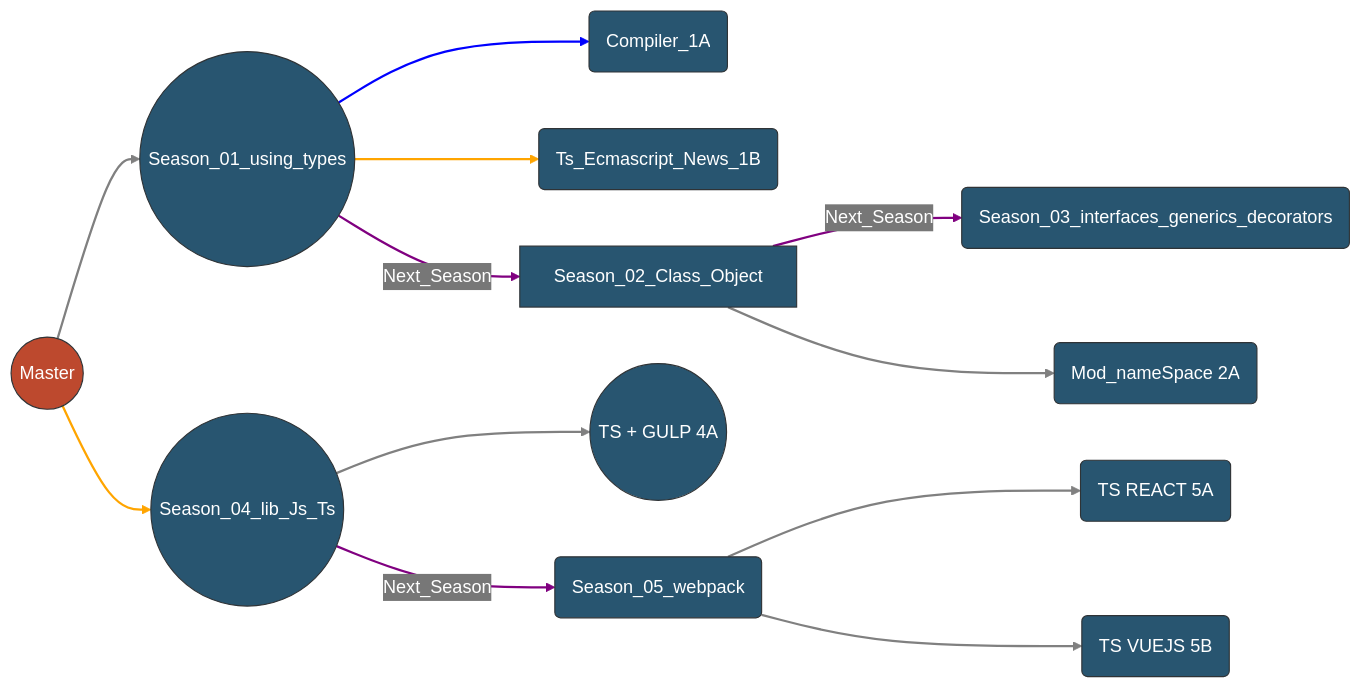
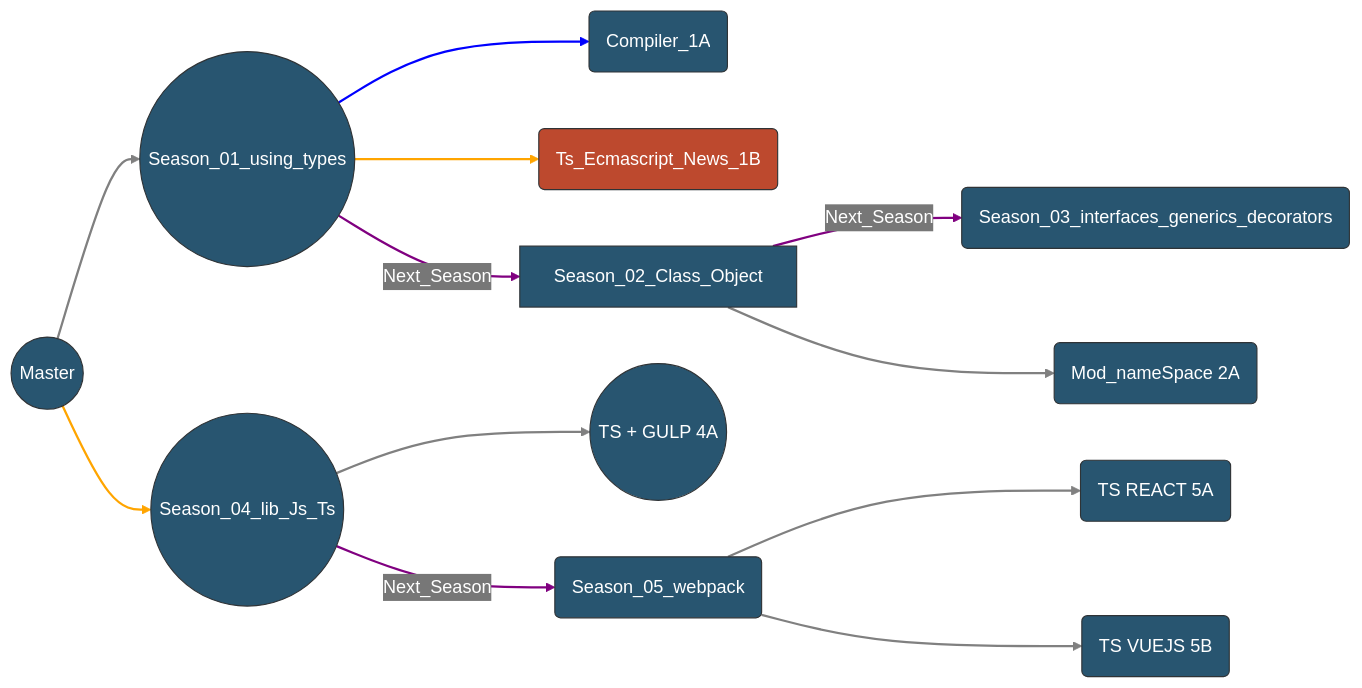
Before and after one commit to TeoNogueira/TypeScript-2022: the diagram in readme.md, drawn with Mermaid. The commit also changed other lines of this file, not shown here.

````diff
--- a/readme.md
+++ b/readme.md
@@ -58,51 +50,51 @@
   ```mermaid
 
 %%{init: {'theme': 'base', 'themeVariables': { 'primaryColor': '#285570', 'edgeLabelBackground':'#777777', 'tertiaryColor': '#285570', 'primaryTextColor': 'white', 'lineColor': '#D4EFDF'}}}%%
 
 flowchart LR;
 
- A:::someclass
+ 1B:::someclass
     classDef someclass fill:#bd492e;
     
 1(Season_01) --> 1A(Compiler_1A) 
 1(Season_01) --> 1B(Ts_Ecmascript_News_1B) 
 A((Master)) --> 1((Season_01_using_types)) -->|Next_Season| 2((S_02)) --> |Next_Season| 3((S_03))
 2[Season_02_Class_Object]--> 2A(Mod_nameSpace 2A)
 
 3(Season_03_interfaces_generics_decorators) 
 4((Season_04_lib_Js_Ts)) --> 4A((TS + GULP 4A))
 A((Master)) --> 4((Season_04_lib_Js_Ts)) -->|Next_Season|5(S_05)
 
 
 5(Season_05) --> 5A(TS REACT 5A) 
 5(Season_05_webpack) --> 5B(TS VUEJS 5B)
 
 
 
      linkStyle 0 stroke-width:2px,fill:none,stroke:blue;
         linkStyle 1 stroke-width:2px,fill:none,stroke:orange;
         linkStyle 2 stroke-width:2px,fill:none,stroke:gray;
         linkStyle 3 stroke-width:2px,fill:none,stroke:purple;
         linkStyle 4 stroke-width:2px,fill:none,stroke:purple;
           linkStyle 5 stroke-width:2px,fill:none,stroke:gray;
           linkStyle 6 stroke-width:2px,fill:none,stroke:gray;
           linkStyle 7 stroke-width:2px,fill:none,stroke:orange;
           linkStyle 8 stroke-width:2px,fill:none,stroke:purple;
           linkStyle 9 stroke-width:2px,fill:none,stroke:gray;
           linkStyle 10 stroke-width:2px,fill:none,stroke:gray;
 
 
 click A "https://github.com/TeoNogueira/TypeScript-2022/tree/master"
 click 1 "https://github.com/TeoNogueira/TypeScript-2022/tree/season_01"
 click 1A "https://github.com/TeoNogueira/TypeScript-2022/tree/season_01_compiler"
 click 1B "https://github.com/TeoNogueira/TypeScript-2022/tree/season_01_b"
 click 2 "https://github.com/TeoNogueira/TypeScript-2022/tree/season_02"
 click 2A "https://github.com/TeoNogueira/TypeScript-2022/tree/season_02_b"
 click 3 "https://github.com/TeoNogueira/TypeScript-2022/tree/season_03"
 click 4 "https://github.com/TeoNogueira/TypeScript-2022/tree/season_04"
 click 4A "https://github.com/TeoNogueira/TypeScript-2022/tree/season_04_a"
 click 5 "https://github.com/TeoNogueira/TypeScript-2022/tree/season_05"
 click 5A "https://github.com/TeoNogueira/TypeScript-2022/tree/ts_react"
 click 5B "https://github.com/TeoNogueira/TypeScript-2022/tree/ts_vueJs"
 
  ```
````
